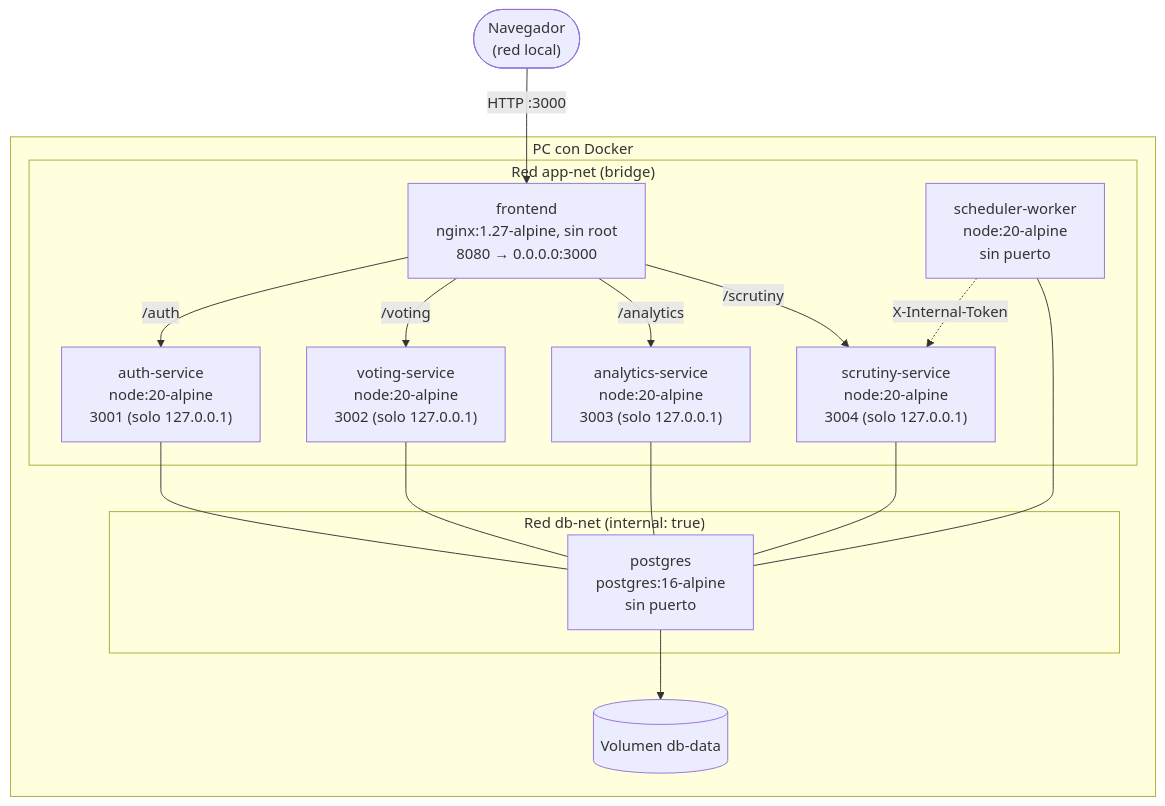
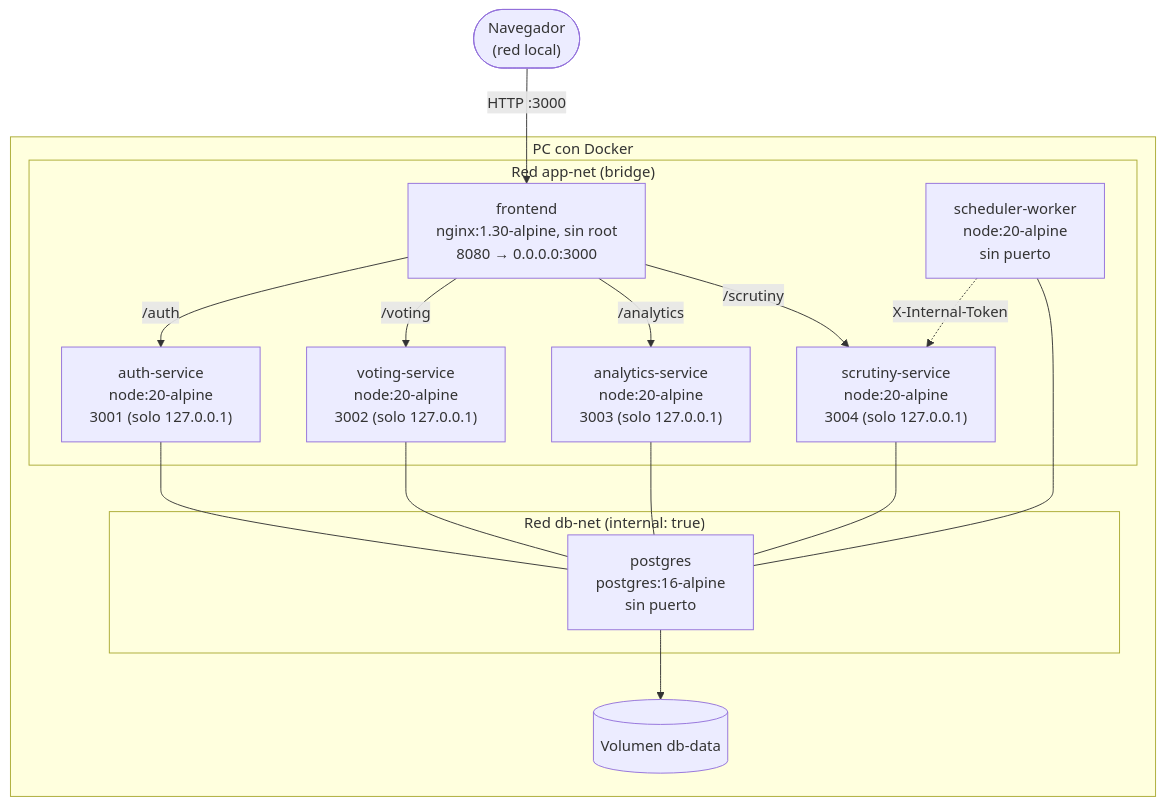
The second of 8 diagrams in docs/informe-tecnico.md (NicolasPineda1421/LiveMetric), drawn with Mermaid before and after one commit. The commit also changed other lines of this file and 14 other files, not shown here.

````diff
--- a/docs/informe-tecnico.md
+++ b/docs/informe-tecnico.md
@@ -140,32 +140,32 @@
 ```mermaid
 graph TB
     Navegador(["Navegador<br/>(red local)"])
 
     subgraph Host["PC con Docker"]
         subgraph appnet["Red app-net (bridge)"]
-            C_FE["frontend<br/>nginx:1.27-alpine, sin root<br/>8080 → 0.0.0.0:3000"]
+            C_FE["frontend<br/>nginx:1.30-alpine, sin root<br/>8080 → 0.0.0.0:3000"]
             C_AUTH["auth-service<br/>node:20-alpine<br/>3001 (solo 127.0.0.1)"]
             C_VOTING["voting-service<br/>node:20-alpine<br/>3002 (solo 127.0.0.1)"]
             C_ANALYTICS["analytics-service<br/>node:20-alpine<br/>3003 (solo 127.0.0.1)"]
             C_SCRUTINY["scrutiny-service<br/>node:20-alpine<br/>3004 (solo 127.0.0.1)"]
             C_SCHED["scheduler-worker<br/>node:20-alpine<br/>sin puerto"]
         end
         subgraph dbnet["Red db-net (internal: true)"]
             C_DB["postgres<br/>postgres:16-alpine<br/>sin puerto"]
         end
         V_PG[("Volumen db-data")]
     end
 
     Navegador -->|"HTTP :3000"| C_FE
     C_FE -->|"/auth"| C_AUTH
     C_FE -->|"/voting"| C_VOTING
     C_FE -->|"/analytics"| C_ANALYTICS
     C_FE -->|"/scrutiny"| C_SCRUTINY
     C_SCHED -.->|"X-Internal-Token"| C_SCRUTINY
     C_AUTH --- C_DB
     C_VOTING --- C_DB
     C_ANALYTICS --- C_DB
     C_SCRUTINY --- C_DB
     C_SCHED --- C_DB
     C_DB --> V_PG
 ```
````
